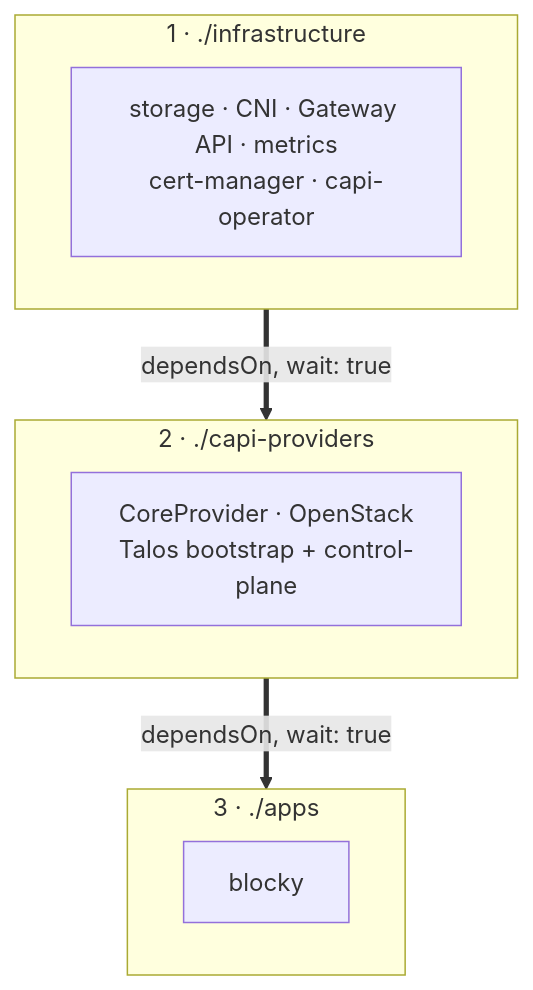
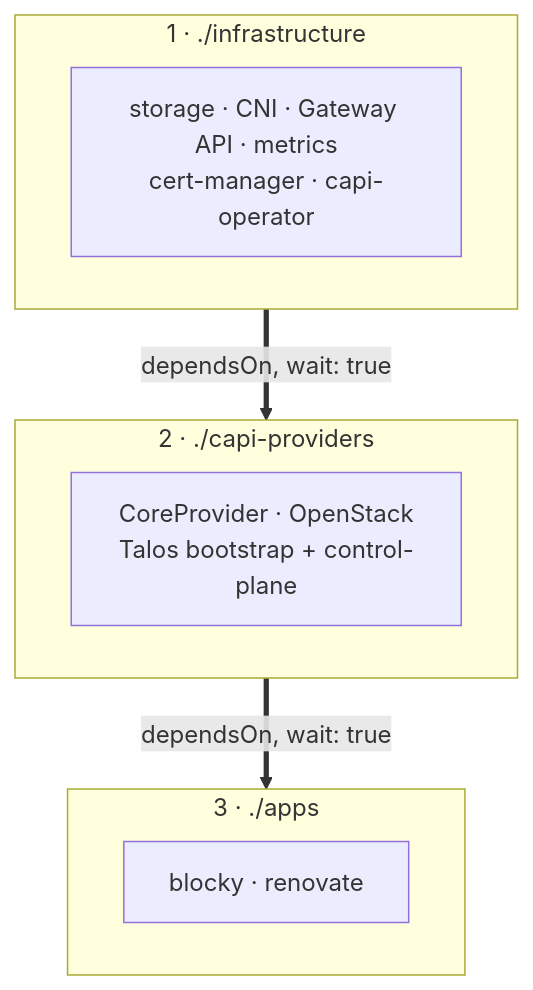
One commit to rezachalak/homelab changed the second of 3 diagrams in README.md. Above: the diagram before and after it, drawn with Mermaid. The commit also changed other lines of this file and 9 other files, not shown here.

````diff
--- a/README.md
+++ b/README.md
@@ -38,15 +38,15 @@
 ```mermaid
 flowchart TD
     subgraph s1["1 · ./infrastructure"]
         i["storage · CNI · Gateway API · metrics<br/>cert-manager · capi-operator"]
     end
     subgraph s2["2 · ./capi-providers"]
         p["CoreProvider · OpenStack<br/>Talos bootstrap + control-plane"]
     end
     subgraph s3["3 · ./apps"]
-        a["blocky"]
+        a["blocky · renovate"]
     end
 
     s1 ==>|"dependsOn, wait: true"| s2
     s2 ==>|"dependsOn, wait: true"| s3
 ```
````
